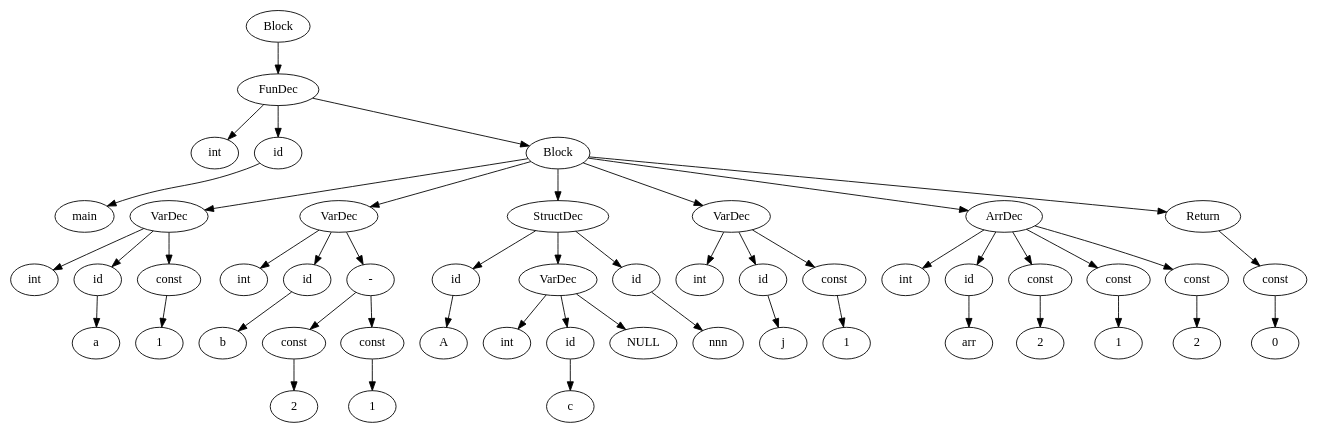
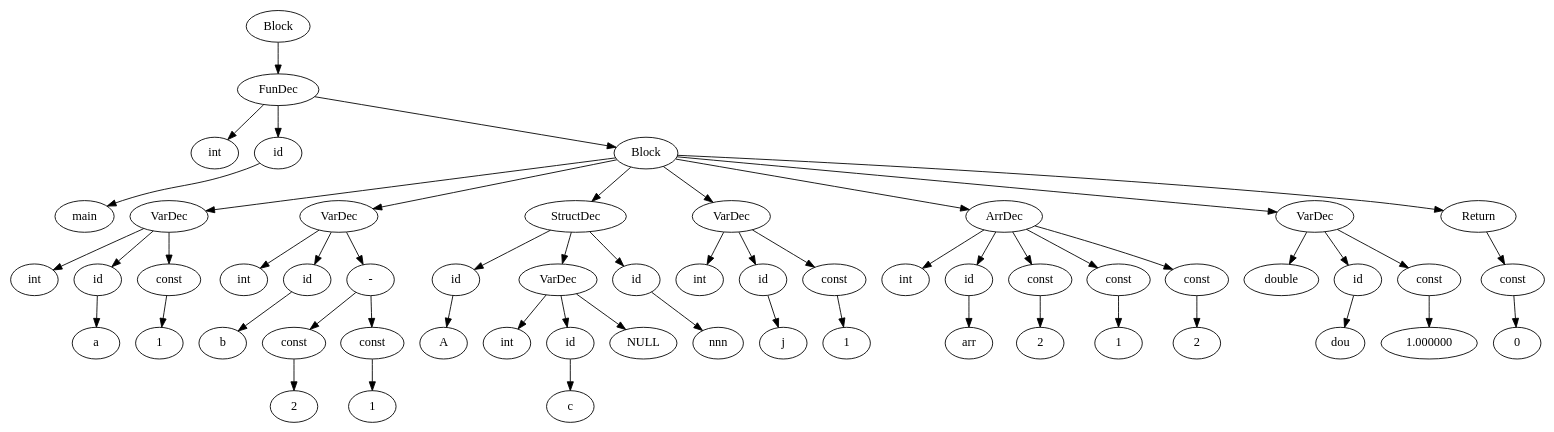
Before and after one commit to Maryeon/CCompiler: the diagram in CCompiler/TreeDisplay/tree.dot, drawn with Graphviz. The commit also changed 24 other files, not shown here.

```diff
--- a/CCompiler/TreeDisplay/tree.dot
+++ b/CCompiler/TreeDisplay/tree.dot
@@ -1,100 +1,112 @@
 digraph absynTree{
 	Block1 [label = "Block"];
 	FunctionDeclaration1 [label = "FunDec"];
 	Const1 [label = "int"];
 	Identifier1 [label = "id"];
 	Const2 [label = "main"];
 	Block2 [label = "Block"];
 	VariableDeclaration1 [label = "VarDec"];
 	Const3 [label = "int"];
 	Identifier2 [label = "id"];
 	Const4 [label = "a"];
 	Integer1 [label = "const"];
 	Const5 [label = "1"];
 	VariableDeclaration2 [label = "VarDec"];
 	Const6 [label = "int"];
 	Identifier3 [label = "id"];
 	Const7 [label = "b"];
 	BinaryOperation1 [label = "-"];
 	Integer2 [label = "const"];
 	Const8 [label = "2"];
 	Integer3 [label = "const"];
 	Const9 [label = "1"];
 	StructDeclaration1 [label = "StructDec"];
 	Identifier4 [label = "id"];
 	Const10 [label = "A"];
 	VariableDeclaration3 [label = "VarDec"];
 	Const11 [label = "int"];
 	Identifier5 [label = "id"];
 	Const12 [label = "c"];
 	Identifier6 [label = "id"];
 	Const13 [label = "nnn"];
 	VariableDeclaration4 [label = "VarDec"];
 	Const14 [label = "int"];
 	Identifier7 [label = "id"];
 	Const15 [label = "j"];
 	Integer4 [label = "const"];
 	Const16 [label = "1"];
 	ArrayDeclaration1 [label = "ArrDec"];
 	Const17 [label = "int"];
 	Identifier8 [label = "id"];
 	Const18 [label = "arr"];
 	Integer5 [label = "const"];
 	Const19 [label = "2"];
 	Integer6 [label = "const"];
 	Const20 [label = "1"];
 	Integer7 [label = "const"];
 	Const21 [label = "2"];
+	VariableDeclaration5 [label = "VarDec"];
+	Const22 [label = "double"];
+	Identifier9 [label = "id"];
+	Const23 [label = "dou"];
+	Double1 [label = "const"];
+	Const24 [label = "1.000000"];
 	Statement1 [label = "Return"];
 	Integer8 [label = "const"];
-	Const22 [label = "0"];
+	Const25 [label = "0"];
 	FunctionDeclaration1 -> Const1;
 	Identifier1 -> Const2;
 	FunctionDeclaration1 -> Identifier1;
 	VariableDeclaration1 -> Const3;
 	Identifier2 -> Const4;
 	VariableDeclaration1 -> Identifier2;
 	Integer1 -> Const5;
 	VariableDeclaration1 -> Integer1;
 	Block2 -> VariableDeclaration1;
 	VariableDeclaration2 -> Const6;
 	Identifier3 -> Const7;
 	VariableDeclaration2 -> Identifier3;
 	Integer2 -> Const8;
 	BinaryOperation1 -> Integer2;
 	Integer3 -> Const9;
 	BinaryOperation1 -> Integer3;
 	VariableDeclaration2 -> BinaryOperation1;
 	Block2 -> VariableDeclaration2;
 	Identifier4 -> Const10;
 	StructDeclaration1 -> Identifier4;
 	VariableDeclaration3 -> Const11;
 	Identifier5 -> Const12;
 	VariableDeclaration3 -> Identifier5;
 	VariableDeclaration3 -> NULL;
 	StructDeclaration1 -> VariableDeclaration3;
 	Identifier6 -> Const13;
 	StructDeclaration1 -> Identifier6;
 	Block2 -> StructDeclaration1;
 	VariableDeclaration4 -> Const14;
 	Identifier7 -> Const15;
 	VariableDeclaration4 -> Identifier7;
 	Integer4 -> Const16;
 	VariableDeclaration4 -> Integer4;
 	Block2 -> VariableDeclaration4;
 	ArrayDeclaration1 -> Const17;
 	Identifier8 -> Const18;
 	ArrayDeclaration1 -> Identifier8;
 	Integer5 -> Const19;
 	ArrayDeclaration1 -> Integer5;
 	Integer6 -> Const20;
 	ArrayDeclaration1 -> Integer6;
 	Integer7 -> Const21;
 	ArrayDeclaration1 -> Integer7;
 	Block2 -> ArrayDeclaration1;
-	Integer8 -> Const22;
+	VariableDeclaration5 -> Const22;
+	Identifier9 -> Const23;
+	VariableDeclaration5 -> Identifier9;
+	Double1 -> Const24;
+	VariableDeclaration5 -> Double1;
+	Block2 -> VariableDeclaration5;
+	Integer8 -> Const25;
 	Statement1 -> Integer8;
 	Block2 -> Statement1;
 	FunctionDeclaration1 -> Block2;
 	Block1 -> FunctionDeclaration1;
 }
```
